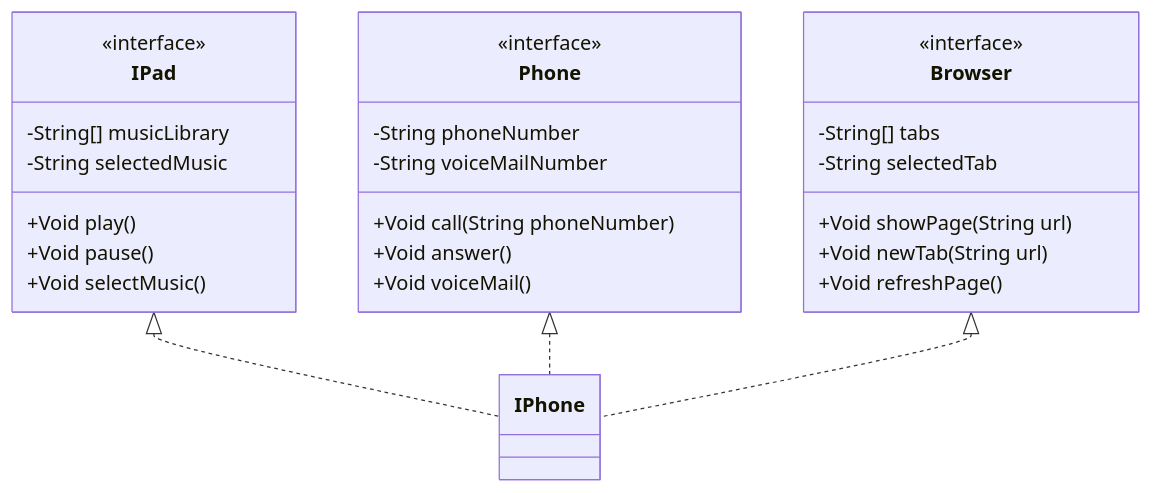
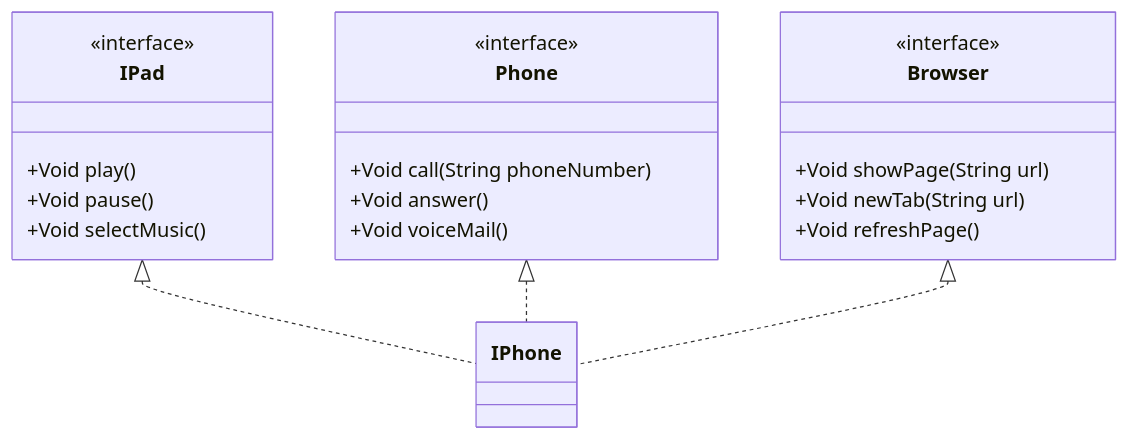
The diagram in README.md (aldair-gc/dio-poo), drawn with Mermaid before and after one commit.

````diff
--- a/README.md
+++ b/README.md
@@ -5,36 +5,30 @@
 ```mermaid
 classDiagram
   class IPad {
     <<interface>>
-    -String[] musicLibrary
-    -String selectedMusic
     +Void play()
     +Void pause()
     +Void selectMusic()
   }
 
   class Phone {
     <<interface>>
-    -String phoneNumber
-    -String voiceMailNumber
     +Void call(String phoneNumber)
     +Void answer()
     +Void voiceMail()
   }
 
   class Browser {
     <<interface>>
-    -String[] tabs
-    -String selectedTab
     +Void showPage(String url)
     +Void newTab(String url)
     +Void refreshPage()
   }
 
   class IPhone {
   }
 
   IPad <|.. IPhone
   Phone <|.. IPhone
   Browser <|.. IPhone
 ```
````
